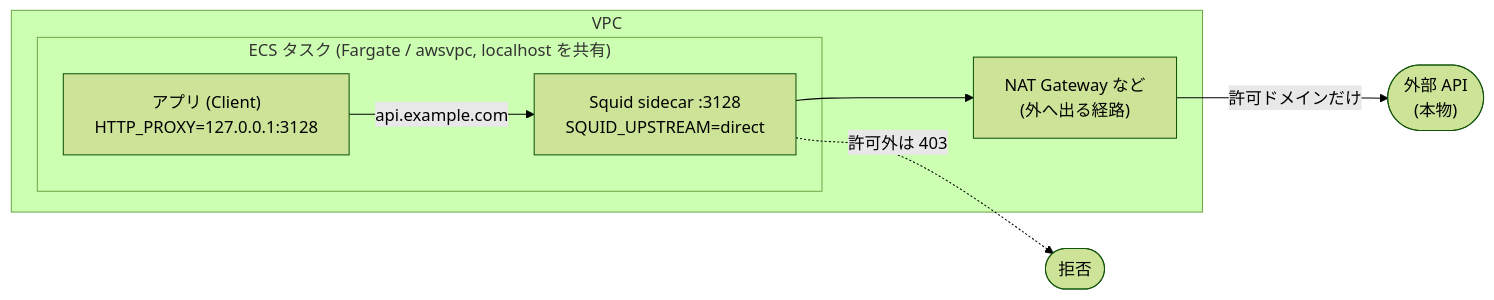
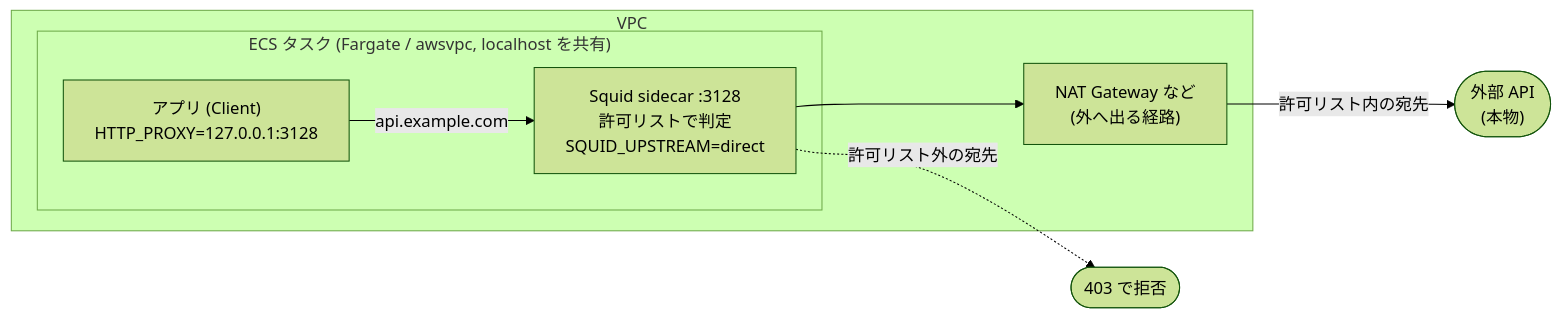
Before and after one commit to satoshi256kbyte/squid-wiremock-sidecar: the third of 3 diagrams in README.md, drawn with Mermaid (forest theme). The commit also changed other lines of this file, not shown here.

Commit message:
README: 図の線を「許可リスト内/外」に直し、判定は Squid が行うと明記する

````diff
--- a/README.md
+++ b/README.md
@@ -77,14 +79,14 @@
 ```mermaid
 flowchart LR
   subgraph VPC["VPC"]
     subgraph Task["ECS タスク (Fargate / awsvpc, localhost を共有)"]
       App["アプリ (Client)<br/>HTTP_PROXY=127.0.0.1:3128"]
-      Squid["Squid sidecar :3128<br/>SQUID_UPSTREAM=direct"]
+      Squid["Squid sidecar :3128<br/>許可リストで判定<br/>SQUID_UPSTREAM=direct"]
       App -->|"api.example.com"| Squid
     end
     NAT["NAT Gateway など<br/>(外へ出る経路)"]
     Squid --> NAT
   end
-  NAT -->|"許可ドメインだけ"| API(["外部 API<br/>(本物)"])
-  Squid -. "許可外は 403" .-> X(["拒否"])
+  NAT -->|"許可リスト内の宛先"| API(["外部 API<br/>(本物)"])
+  Squid -. "許可リスト外の宛先" .-> X(["403 で拒否"])
 ```
````
